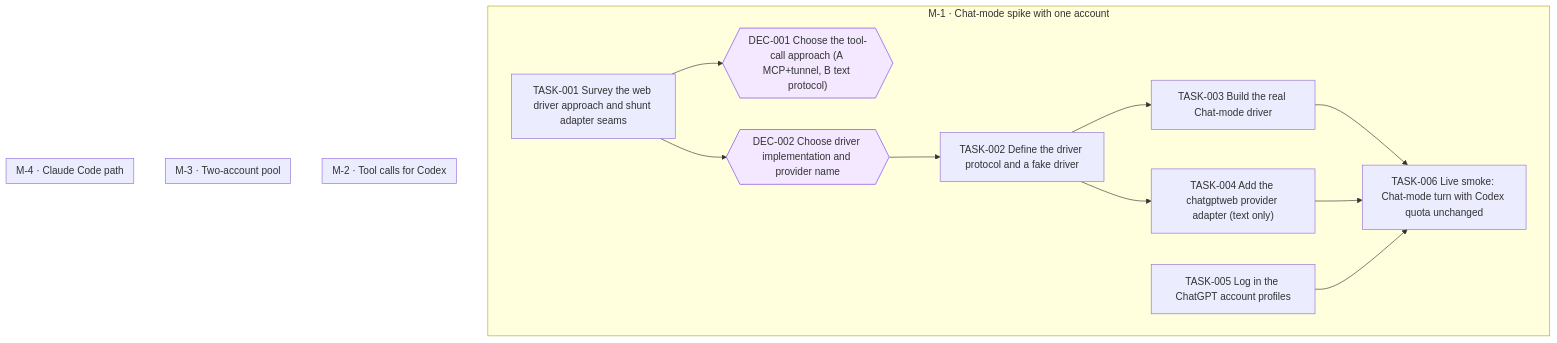
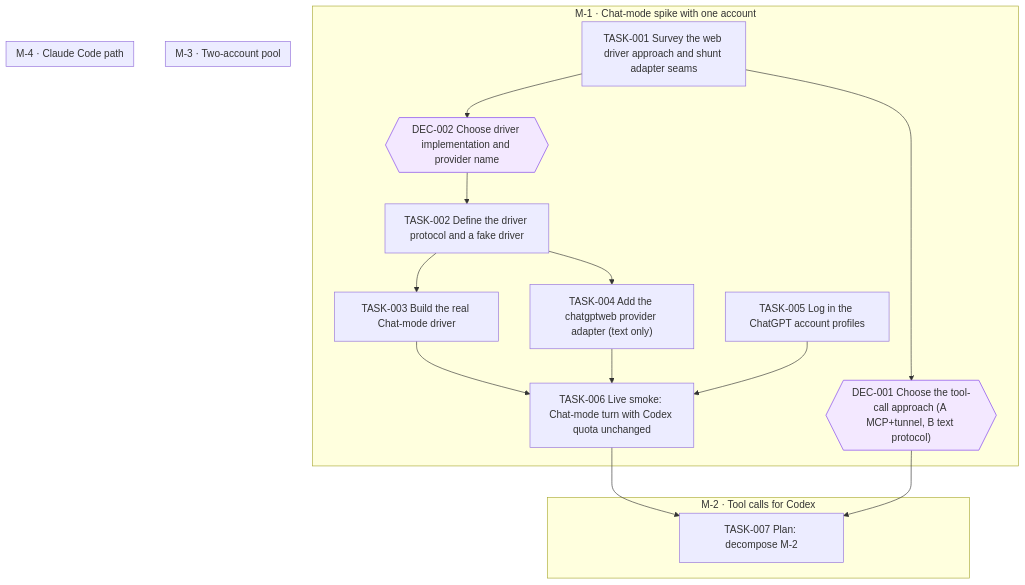
Before and after one commit to jesusvillota/shunt: the diagram in goals/chatgptweb-provider/README.md, drawn with Mermaid. The commit also changed 1 other file, not shown here.

Commit message:
goal(chatgptweb-provider): add TASK-007 Plan: decompose M-2

````diff
--- a/goals/chatgptweb-provider/README.md
+++ b/goals/chatgptweb-provider/README.md
@@ -132,32 +132,35 @@
 ```mermaid
 flowchart TD
   subgraph M_1["M-1 · Chat-mode spike with one account"]
     DEC_001{{"DEC-001 Choose the tool-call approach (A MCP+tunnel, B text protocol)"}}
     DEC_002{{"DEC-002 Choose driver implementation and provider name"}}
     TASK_001["TASK-001 Survey the web driver approach and shunt adapter seams"]
     TASK_002["TASK-002 Define the driver protocol and a fake driver"]
     TASK_003["TASK-003 Build the real Chat-mode driver"]
     TASK_004["TASK-004 Add the chatgptweb provider adapter (text only)"]
     TASK_005["TASK-005 Log in the ChatGPT account profiles"]
     TASK_006["TASK-006 Live smoke: Chat-mode turn with Codex quota unchanged"]
   end
   subgraph M_2["M-2 · Tool calls for Codex"]
+    TASK_007["TASK-007 Plan: decompose M-2"]
   end
   subgraph M_3["M-3 · Two-account pool"]
   end
   subgraph M_4["M-4 · Claude Code path"]
   end
   TASK_001 --> DEC_001
   TASK_001 --> DEC_002
   DEC_002 --> TASK_002
   TASK_002 --> TASK_003
   TASK_002 --> TASK_004
   TASK_003 --> TASK_006
   TASK_004 --> TASK_006
   TASK_005 --> TASK_006
+  TASK_006 --> TASK_007
+  DEC_001 --> TASK_007
   classDef draft stroke-dasharray: 4 3
   classDef cancelled opacity:0.45
   classDef decision fill:#f3e8ff,stroke:#7c3aed
   class DEC_001 decision
   class DEC_002 decision
 ```
````
